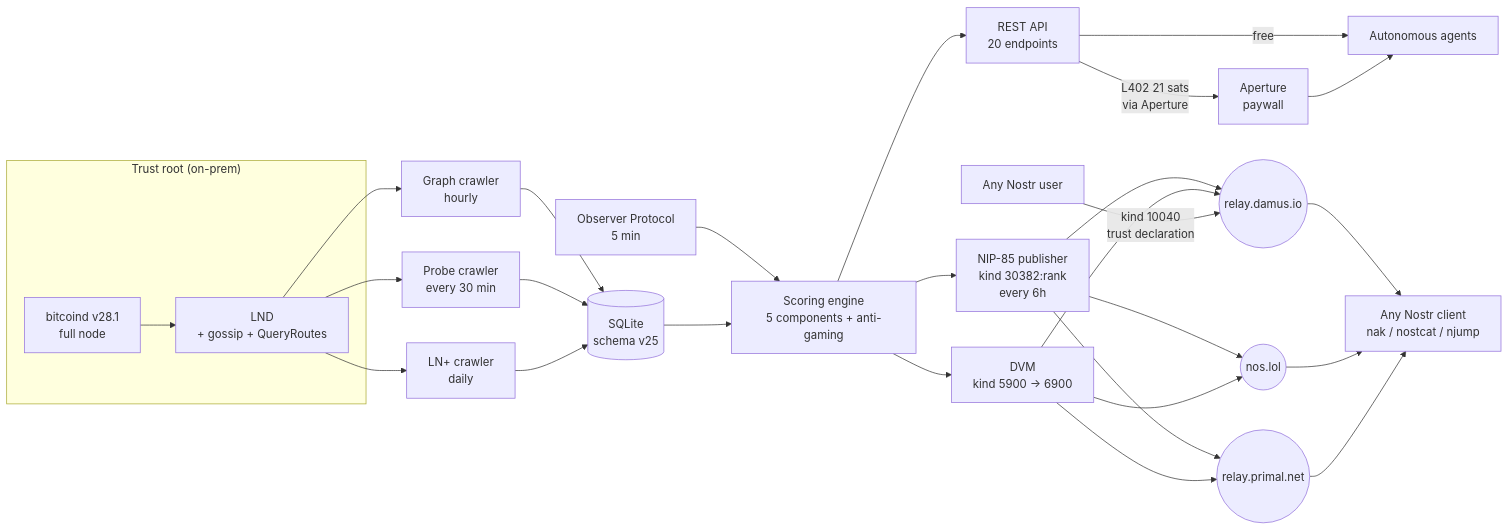
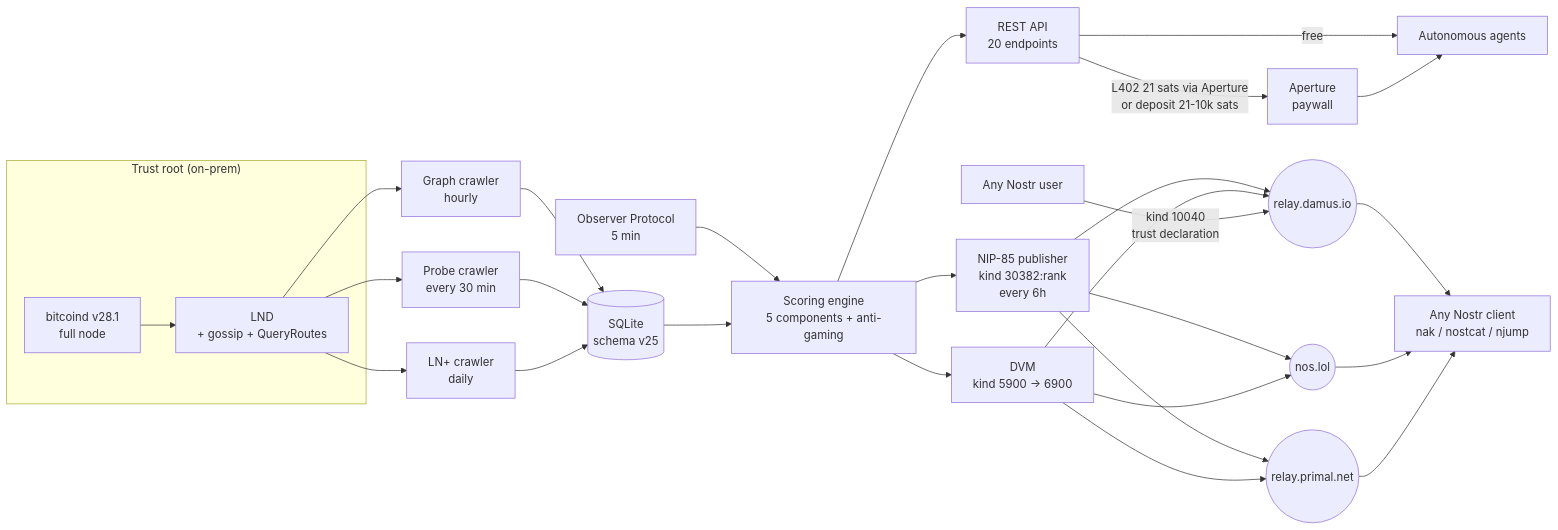
Before and after one commit to proofoftrust21/satrank: the diagram in README.md, drawn with Mermaid. The commit also changed other lines of this file and 22 other files, not shown here.

````diff
--- a/README.md
+++ b/README.md
@@ -97,38 +97,38 @@
 ```mermaid
 flowchart LR
   subgraph Trust_Root["Trust root (on-prem)"]
     BTC[bitcoind v28.1<br/>full node]
     LND[LND<br/>+ gossip + QueryRoutes]
   end
 
   BTC --> LND
   LND --> GC[Graph crawler<br/>hourly]
   LND --> PC[Probe crawler<br/>every 30 min]
   LND --> LP[LN+ crawler<br/>daily]
   OBS[Observer Protocol<br/>5 min] --> SE
 
   GC --> DB[(SQLite<br/>schema v25)]
   PC --> DB
   LP --> DB
 
   DB --> SE[Scoring engine<br/>5 components + anti-gaming]
   SE --> API[REST API<br/>20 endpoints]
   SE --> NP[NIP-85 publisher<br/>kind 30382:rank<br/>every 6h]
   SE --> DVM[DVM<br/>kind 5900 → 6900]
 
   NP --> R1((relay.damus.io))
   NP --> R2((nos.lol))
   NP --> R3((relay.primal.net))
   DVM --> R1
   DVM --> R2
   DVM --> R3
 
   API -->|free| Agents
-  API -->|L402 21 sats<br/>via Aperture| L402[Aperture<br/>paywall]
+  API -->|L402 21 sats via Aperture<br/>or deposit 21-10k sats| L402[Aperture<br/>paywall]
   L402 --> Agents[Autonomous agents]
   R1 --> Clients[Any Nostr client<br/>nak / nostcat / njump]
   R2 --> Clients
   R3 --> Clients
 
   User[Any Nostr user] -->|kind 10040<br/>trust declaration| R1
 ```
````
